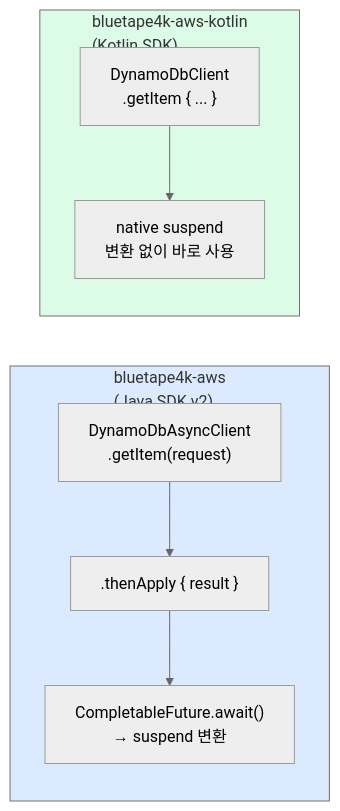
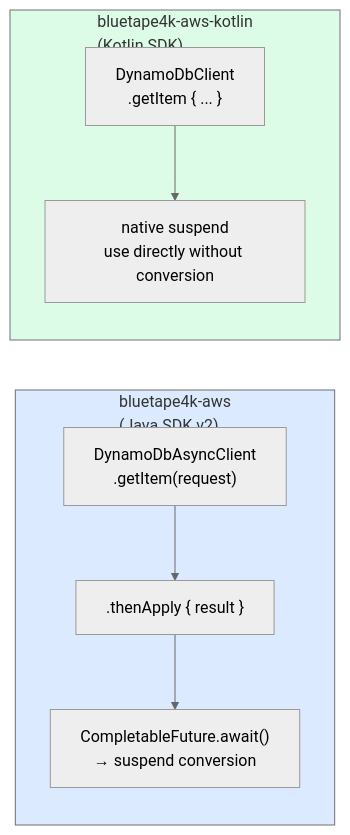
Before and after one commit to bluetape4k/bluetape4k-projects: the second of 3 diagrams in aws/aws-kotlin/README.md, drawn with Mermaid (neutral theme). The commit also changed other lines of this file and 265 other files, not shown here.

````diff
--- a/aws/aws-kotlin/README.md
+++ b/aws/aws-kotlin/README.md
@@ -211,18 +213,18 @@
 ```mermaid
 flowchart LR
     subgraph JAVA["bluetape4k-aws<br/>(Java SDK v2)"]
         JA["DynamoDbAsyncClient<br/>.getItem(request)"]
         JB[".thenApply { result }"]
-        JC["CompletableFuture.await()<br/>→ suspend 변환"]
+        JC["CompletableFuture.await()<br/>→ suspend conversion"]
         JA --> JB --> JC
     end
 
     subgraph KOTLIN["bluetape4k-aws-kotlin<br/>(Kotlin SDK)"]
         KA["DynamoDbClient<br/>.getItem { ... }"]
-        KB["native suspend<br/>변환 없이 바로 사용"]
+        KB["native suspend<br/>use directly without conversion"]
         KA --> KB
     end
 
     style JAVA fill:#dbeafe
     style KOTLIN fill:#dcfce7
 ```
````
